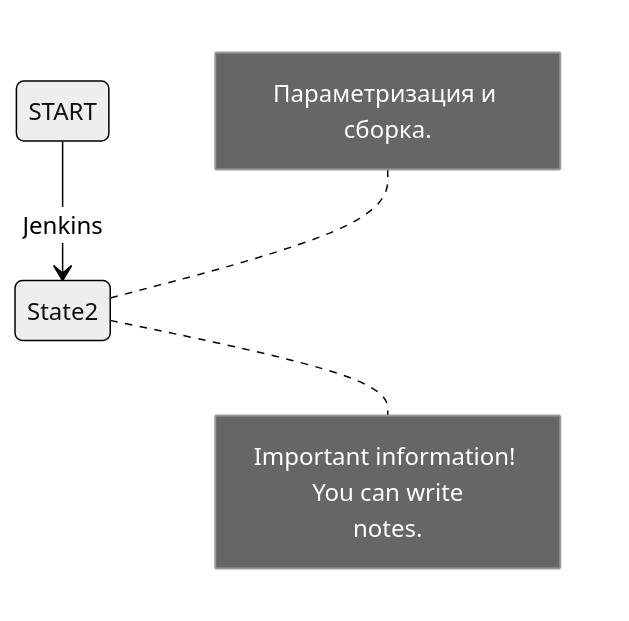
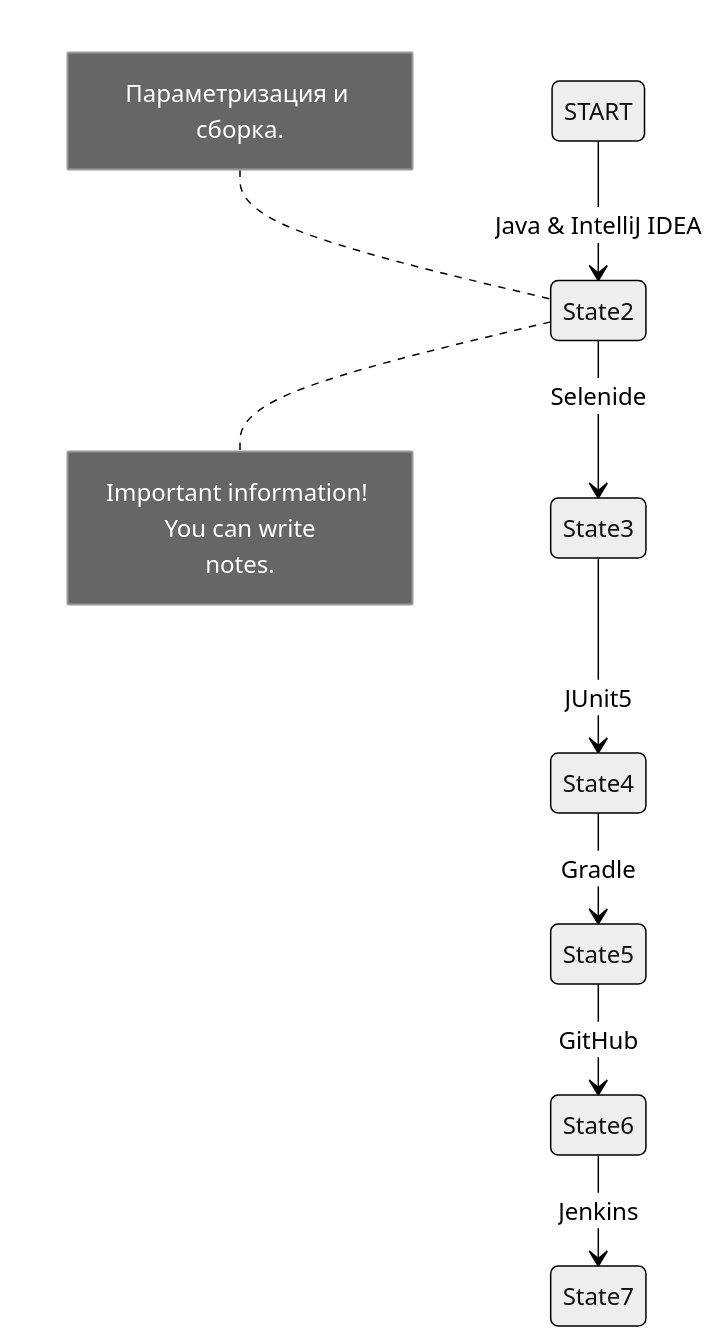
Before and after one commit to SergeevSergeiS/Wildberries: the diagram in README.md, drawn with Mermaid (neutral theme).

Commit message:
README.md created

````diff
--- a/README.md
+++ b/README.md
@@ -1,11 +1,16 @@
 ```mermaid        
     stateDiagram-v2
         State1: START
         
-        State1 --> State2: Jenkins
+        State1 --> State2: Java & IntelliJ IDEA
+        State2 --> State3: Selenide
+        State3 --> State4: JUnit5
+        State4 --> State5: Gradle
+        State5 --> State6: GitHub
+        State6 --> State7: Jenkins
         note right of State2
             Important information! You can write
             notes.
         end note
         note left of State2 : Параметризация и сборка.
 ```
````
